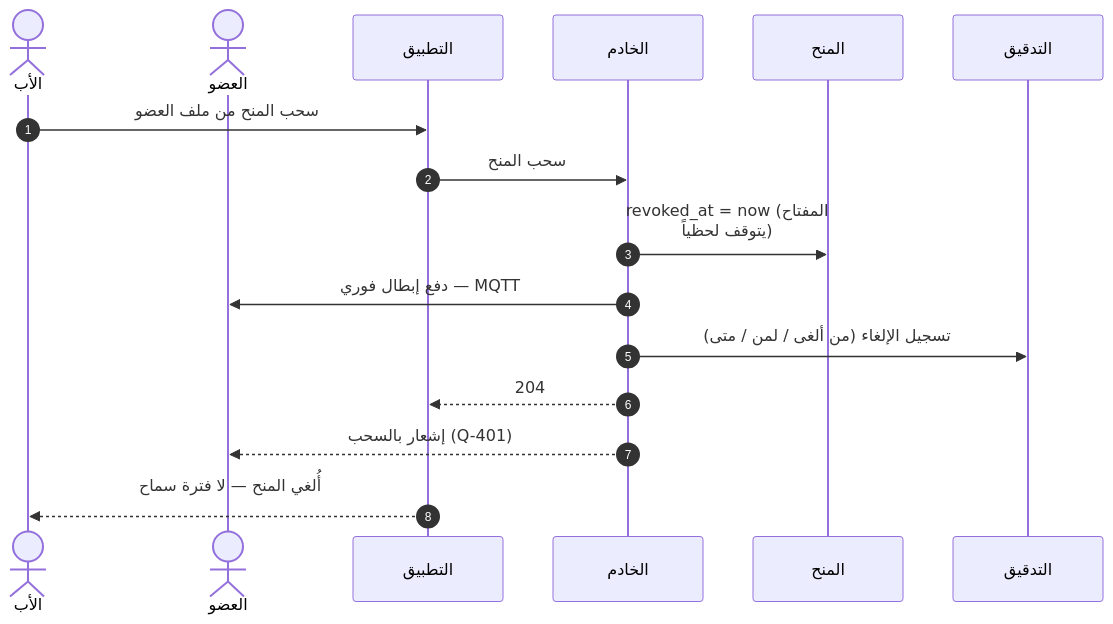
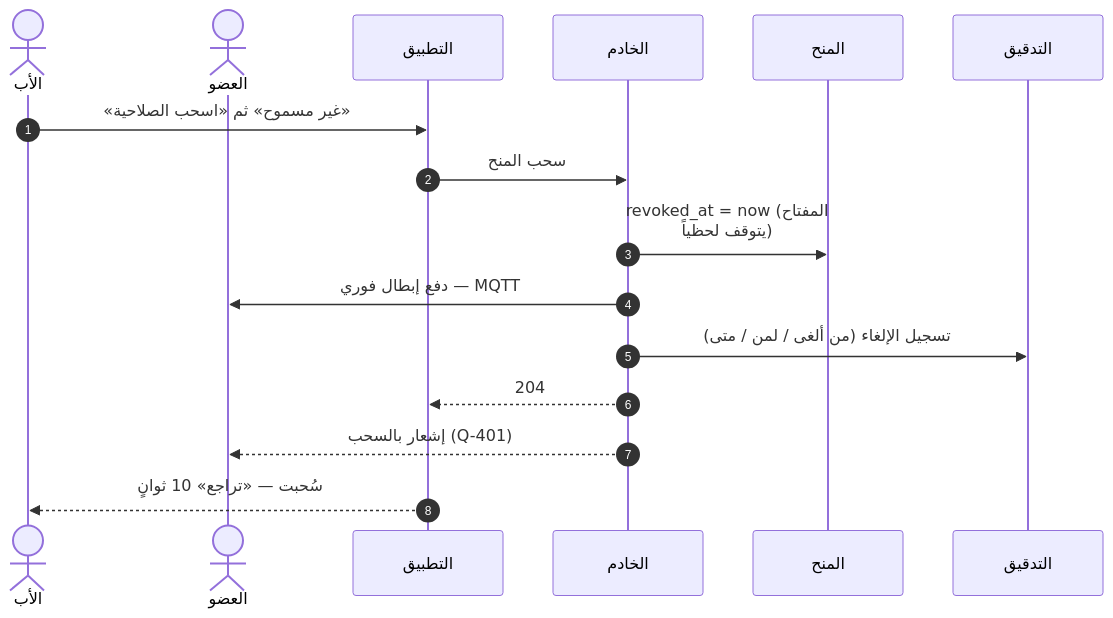
Before and after one commit to Bassam-mohammed-alqaeadi/family-os-v2: the ninth of 40 diagrams in docs/family-os/governance/phases/phase-1/S1-03-family-roles-and-permissions/DIAGRAMS.md, drawn with Mermaid. The commit also changed other lines of this file and 15 other files, not shown here.

````diff
--- a/docs/family-os/governance/phases/phase-1/S1-03-family-roles-and-permissions/DIAGRAMS.md
+++ b/docs/family-os/governance/phases/phase-1/S1-03-family-roles-and-permissions/DIAGRAMS.md
@@ -472,19 +472,19 @@
 ```mermaid
 %%{init: {"sequence": {"wrap": true}}}%%
 sequenceDiagram
     autonumber
     actor Father as الأب
     actor Member as العضو
     participant App as التطبيق
     participant Ktor as الخادم
     participant Grants as المنح
     participant Audit as التدقيق
-    Father->>App: سحب المنح من ملف العضو
+    Father->>App: «غير مسموح» ثم «اسحب الصلاحية»
     App->>Ktor: سحب المنح
     Ktor->>Grants: revoked_at = now (المفتاح يتوقف لحظياً)
     Ktor->>Member: دفع إبطال فوري — MQTT
     Ktor->>Audit: تسجيل الإلغاء (من ألغى / لمن / متى)
     Ktor-->>App: 204
     Ktor-->>Member: إشعار بالسحب (Q-401)
-    App-->>Father: أُلغي المنح — لا فترة سماح
+    App-->>Father: سُحبت — «تراجع» 10 ثوانٍ
 ```
````
